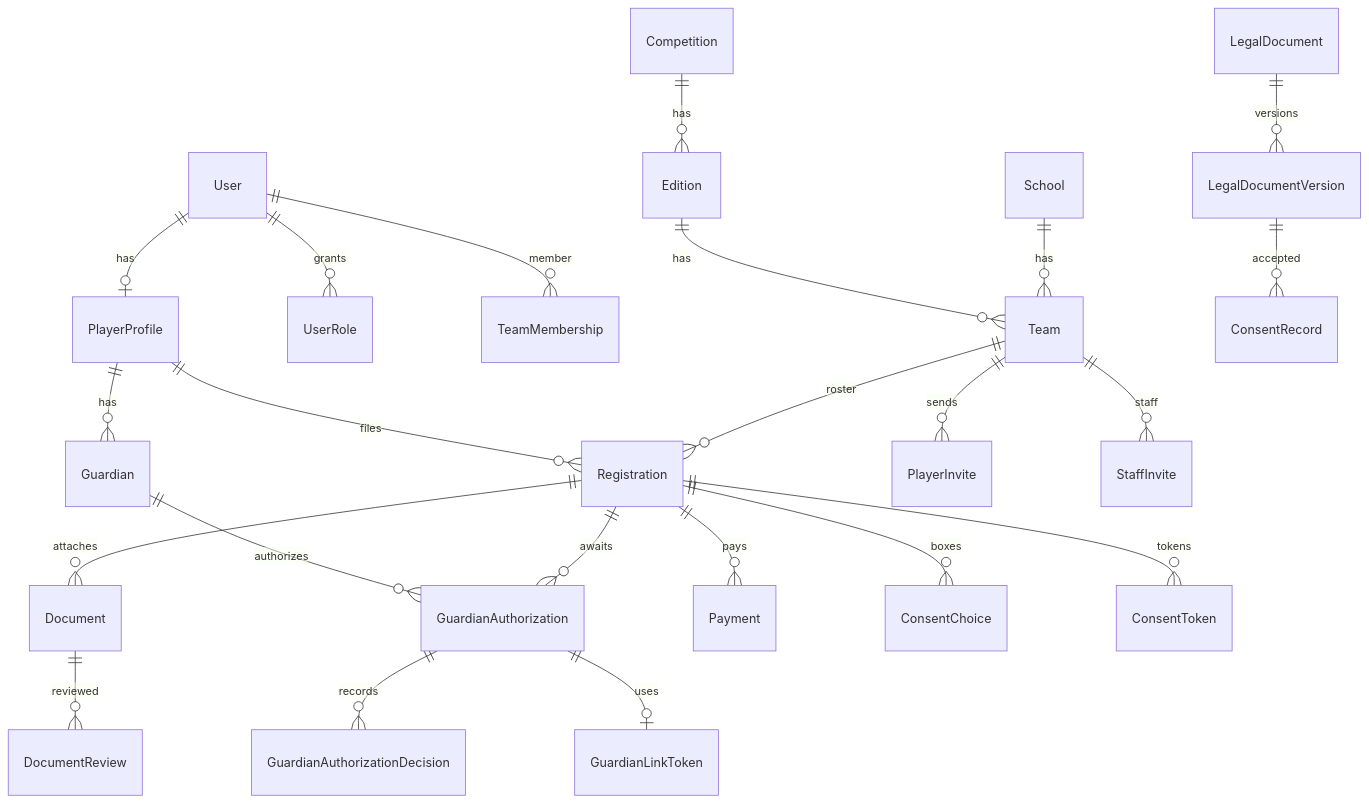
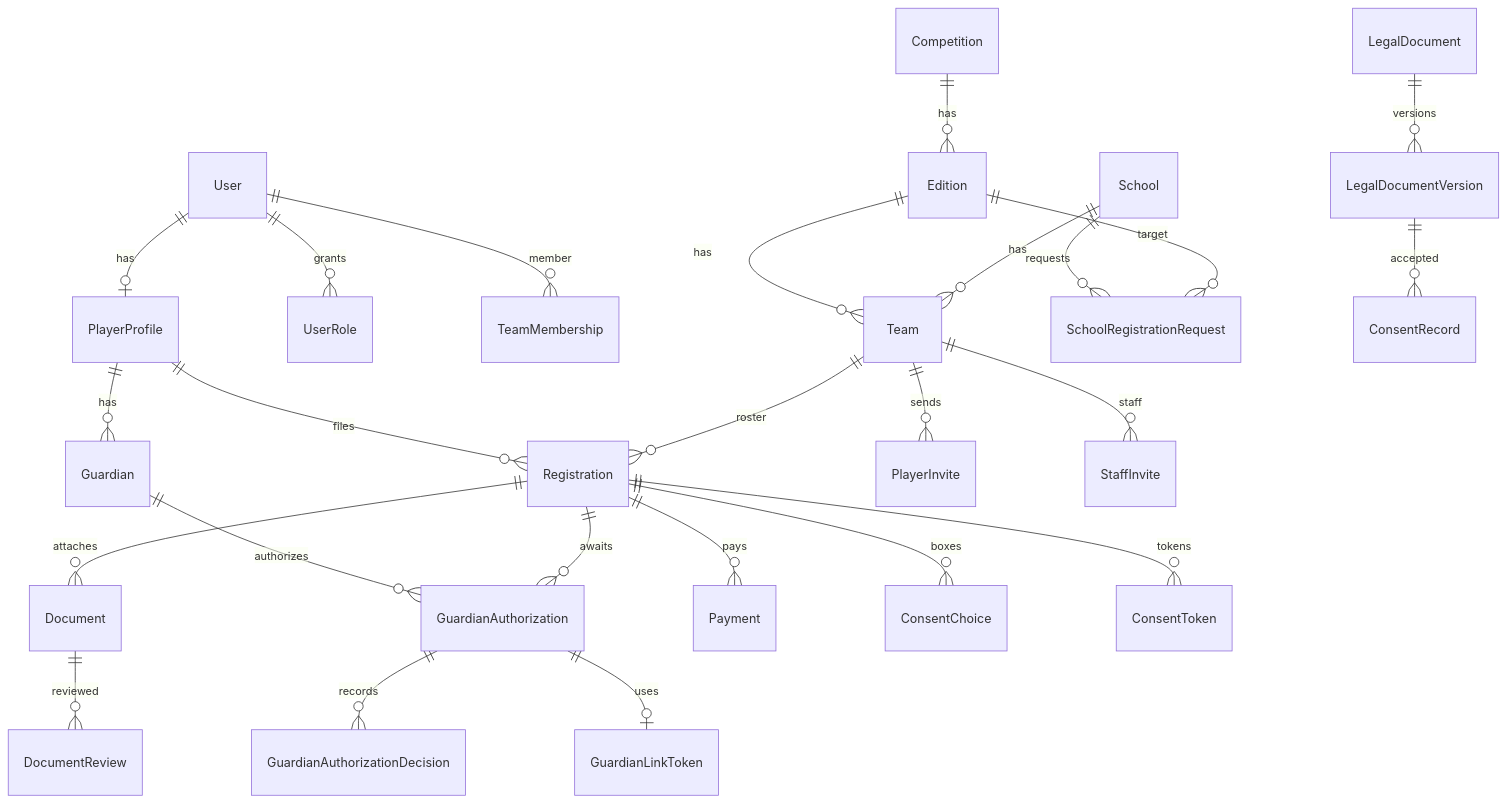
The diagram in docs/05-database-design.md (m8lamario/piattaforma-lcs), drawn with Mermaid before and after one commit. The commit also changed other lines of this file and 46 other files, not shown here.

````diff
--- a/docs/05-database-design.md
+++ b/docs/05-database-design.md
@@ -9,25 +9,27 @@
 ```mermaid
 erDiagram
   User ||--o| PlayerProfile : has
   User ||--o{ UserRole : grants
   User ||--o{ TeamMembership : member
   PlayerProfile ||--o{ Guardian : has
   PlayerProfile ||--o{ Registration : files
   Guardian ||--o{ GuardianAuthorization : authorizes
   GuardianAuthorization ||--o{ GuardianAuthorizationDecision : records
   GuardianAuthorization ||--o| GuardianLinkToken : uses
   Competition ||--o{ Edition : has
   Edition ||--o{ Team : has
   School ||--o{ Team : has
+  School ||--o{ SchoolRegistrationRequest : requests
+  Edition ||--o{ SchoolRegistrationRequest : target
   Team ||--o{ PlayerInvite : sends
   Team ||--o{ StaffInvite : staff
   Team ||--o{ Registration : roster
   Registration ||--o{ Document : attaches
   Registration ||--o{ Payment : pays
   Registration ||--o{ GuardianAuthorization : awaits
   LegalDocument ||--o{ LegalDocumentVersion : versions
   LegalDocumentVersion ||--o{ ConsentRecord : accepted
   Registration ||--o{ ConsentChoice : boxes
   Registration ||--o{ ConsentToken : tokens
   Document ||--o{ DocumentReview : reviewed
 ```
````
